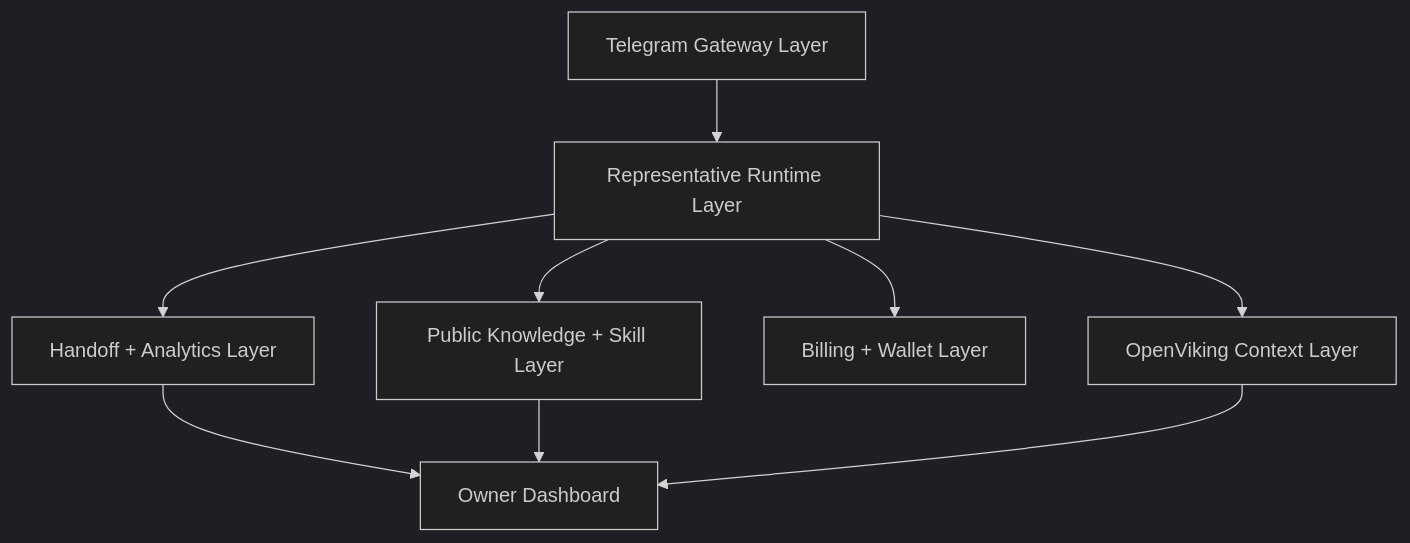
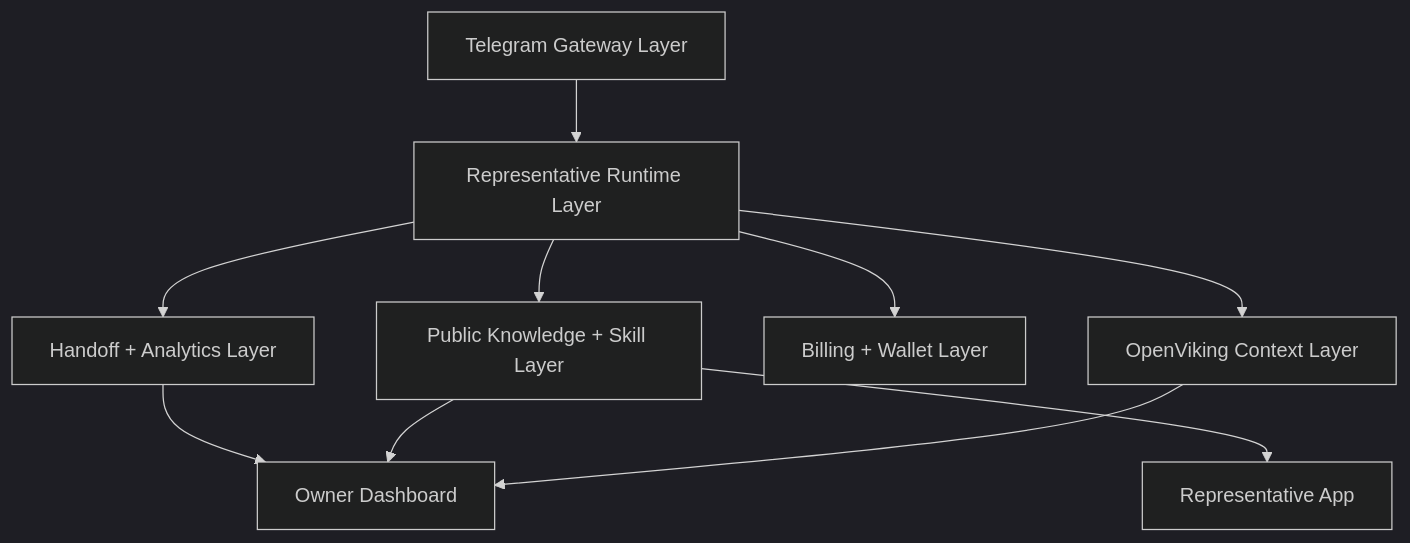
Before and after one commit to kuibu/Delegate: the diagram in docs/architecture.md, drawn with Mermaid (dark theme). The commit also changed other lines of this file and 57 other files, not shown here.

````diff
--- a/docs/architecture.md
+++ b/docs/architecture.md
@@ -40,11 +40,12 @@
 ```mermaid
 flowchart TD
     TG["Telegram Gateway Layer"] --> RT["Representative Runtime Layer"]
     RT --> KG["Public Knowledge + Skill Layer"]
     RT --> MEM["OpenViking Context Layer"]
     RT --> BILL["Billing + Wallet Layer"]
     RT --> HAND["Handoff + Analytics Layer"]
-    HAND --> WEB["Owner Dashboard"]
-    KG --> WEB
-    MEM --> WEB
+    HAND --> DASH["Owner Dashboard"]
+    KG --> DASH
+    MEM --> DASH
+    KG --> REPS["Representative App"]
 ```
````
